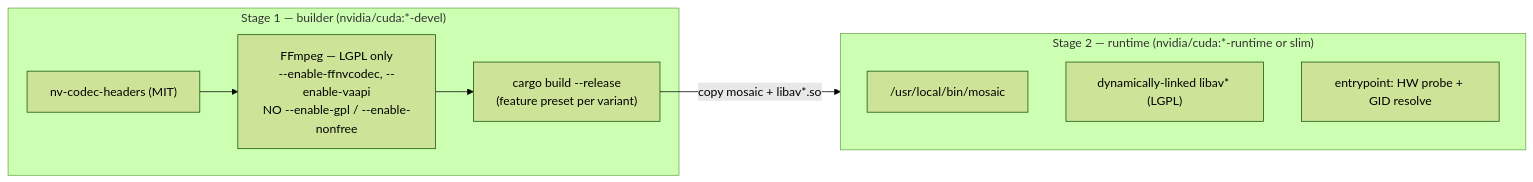
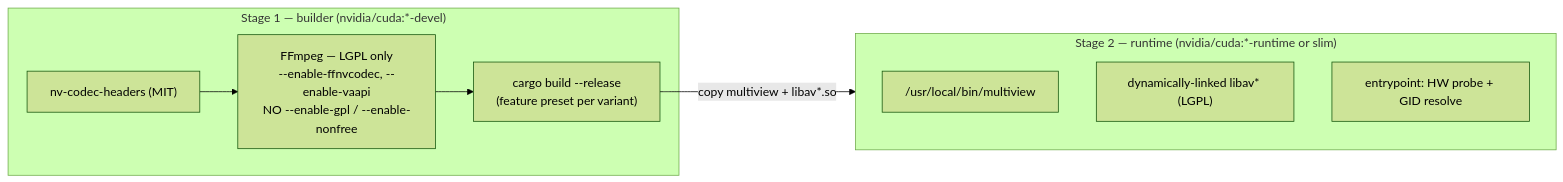
Before and after one commit to aperim/multiview: the diagram in docs/operations/containerization.md, drawn with Mermaid (forest theme). The commit also changed other lines of this file and 1009 other files, not shown here.

First line of the commit message:
refactor: rename project mosaic → multiview

````diff
--- a/docs/operations/containerization.md
+++ b/docs/operations/containerization.md
@@ -43,15 +43,15 @@
 ```mermaid
 flowchart LR
     subgraph S1["Stage 1 — builder (nvidia/cuda:*-devel)"]
         H["nv-codec-headers (MIT)"]
         F["FFmpeg — LGPL only<br/>--enable-ffnvcodec, --enable-vaapi<br/>NO --enable-gpl / --enable-nonfree"]
         R["cargo build --release<br/>(feature preset per variant)"]
         H --> F --> R
     end
-    R -->|copy mosaic + libav*.so| S2
+    R -->|copy multiview + libav*.so| S2
     subgraph S2["Stage 2 — runtime (nvidia/cuda:*-runtime or slim)"]
-        BIN["/usr/local/bin/mosaic"]
+        BIN["/usr/local/bin/multiview"]
         LIB["dynamically-linked libav* (LGPL)"]
         ENT["entrypoint: HW probe + GID resolve"]
     end
 ```
````
